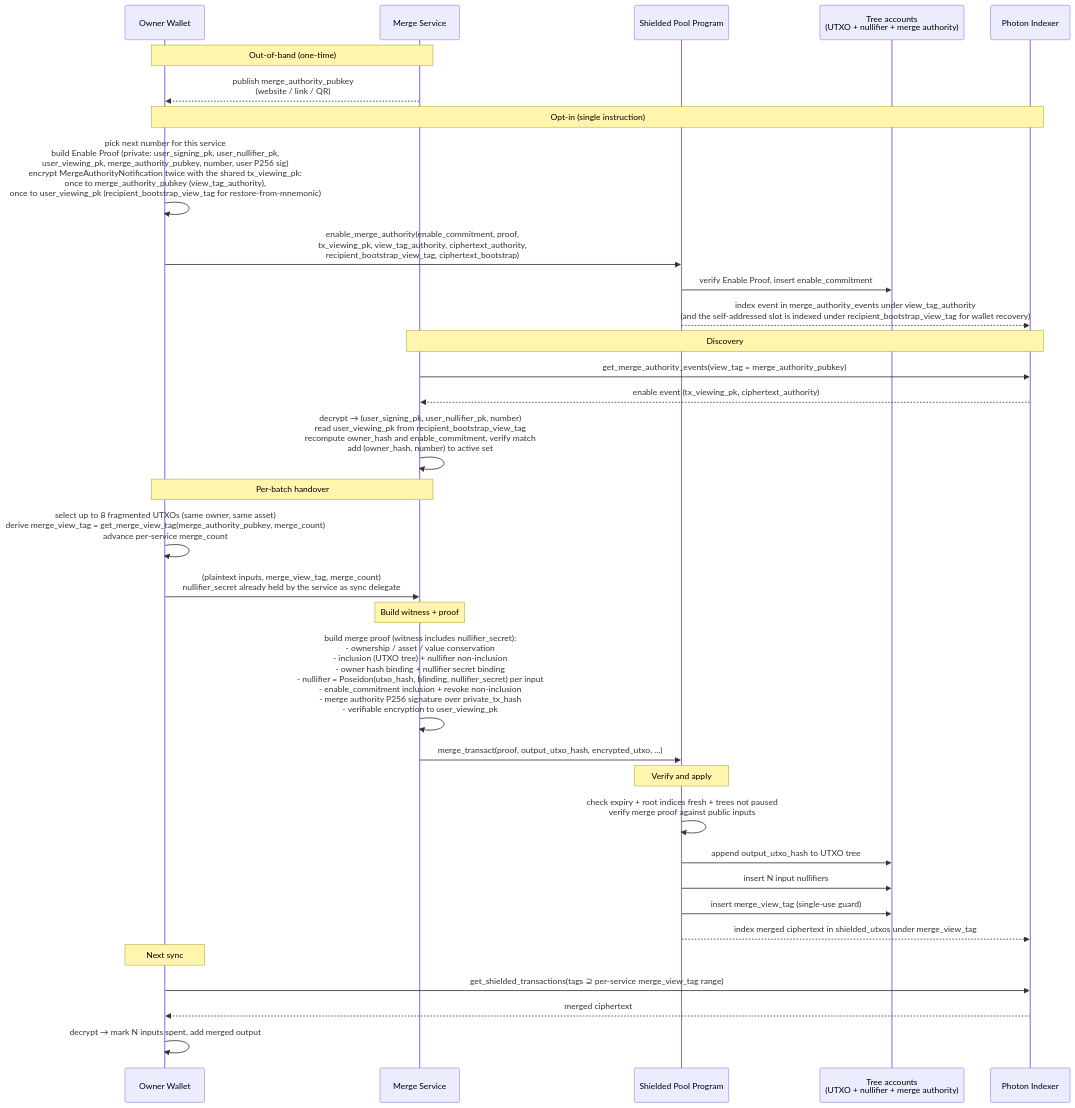
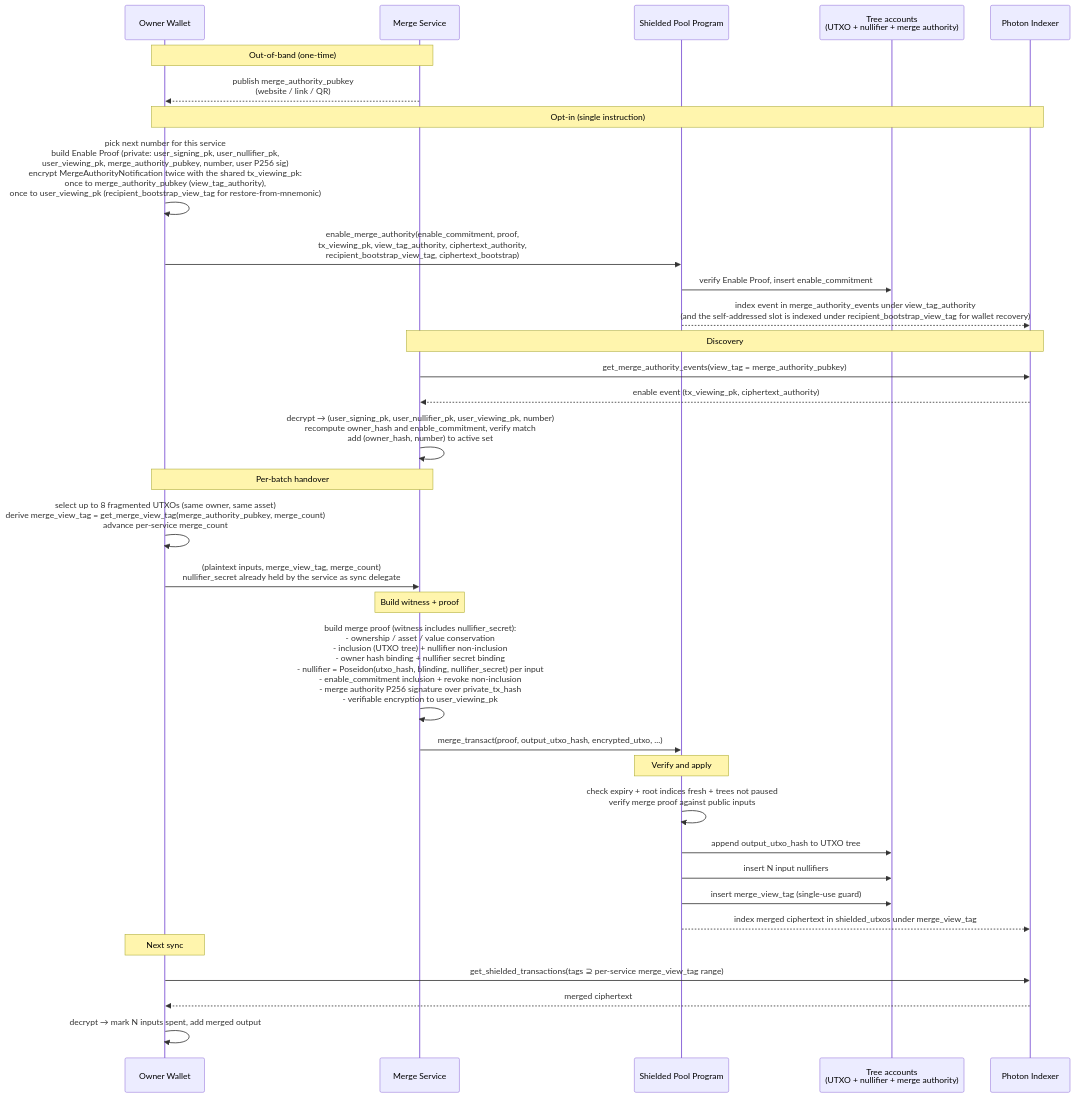
One commit to helius-labs/zolana changed the fifth of 5 diagrams in docs/spec.md. Above: the diagram before and after it, drawn with Mermaid. The commit also changed other lines of this file, not shown here.

````diff
--- a/docs/spec.md
+++ b/docs/spec.md
@@ -1985,42 +1992,42 @@
 ```mermaid
 sequenceDiagram
     participant Wallet as Owner Wallet
     participant Merge as Merge Service
     participant SPP as Shielded Pool Program
     participant Trees as Tree accounts<br/>(UTXO + nullifier + merge authority)
     participant Indexer as Photon Indexer
 
     Note over Merge,Wallet: Out-of-band (one-time)
     Merge-->>Wallet: publish merge_authority_pubkey<br/>(website / link / QR)
 
     Note over Wallet,Indexer: Opt-in (single instruction)
     Wallet->>Wallet: pick next number for this service<br/>build Enable Proof (private: user_signing_pk, user_nullifier_pk,<br/>user_viewing_pk, merge_authority_pubkey, number, user P256 sig)<br/>encrypt MergeAuthorityNotification twice with the shared tx_viewing_pk:<br/>once to merge_authority_pubkey (view_tag_authority),<br/>once to user_viewing_pk (recipient_bootstrap_view_tag for restore-from-mnemonic)
     Wallet->>SPP: enable_merge_authority(enable_commitment, proof,<br/>tx_viewing_pk, view_tag_authority, ciphertext_authority,<br/>recipient_bootstrap_view_tag, ciphertext_bootstrap)
     SPP->>Trees: verify Enable Proof, insert enable_commitment
     SPP-->>Indexer: index event in merge_authority_events under view_tag_authority<br/>(and the self-addressed slot is indexed under recipient_bootstrap_view_tag for wallet recovery)
 
     Note over Merge,Indexer: Discovery
     Merge->>Indexer: get_merge_authority_events(view_tag = merge_authority_pubkey)
     Indexer-->>Merge: enable event (tx_viewing_pk, ciphertext_authority)
-    Merge->>Merge: decrypt → (user_signing_pk, user_nullifier_pk, number)<br/>read user_viewing_pk from recipient_bootstrap_view_tag<br/>recompute owner_hash and enable_commitment, verify match<br/>add (owner_hash, number) to active set
+    Merge->>Merge: decrypt → (user_signing_pk, user_nullifier_pk, user_viewing_pk, number)<br/>recompute owner_hash and enable_commitment, verify match<br/>add (owner_hash, number) to active set
 
     Note over Wallet,Merge: Per-batch handover
     Wallet->>Wallet: select up to 8 fragmented UTXOs (same owner, same asset)<br/>derive merge_view_tag = get_merge_view_tag(merge_authority_pubkey, merge_count)<br/>advance per-service merge_count
     Wallet->>Merge: (plaintext inputs, merge_view_tag, merge_count)<br/>nullifier_secret already held by the service as sync delegate
 
     Note over Merge: Build witness + proof
     Merge->>Merge: build merge proof (witness includes nullifier_secret):<br/>- ownership / asset / value conservation<br/>- inclusion (UTXO tree) + nullifier non-inclusion<br/>- owner hash binding + nullifier secret binding<br/>- nullifier = Poseidon(utxo_hash, blinding, nullifier_secret) per input<br/>- enable_commitment inclusion + revoke non-inclusion<br/>- merge authority P256 signature over private_tx_hash<br/>- verifiable encryption to user_viewing_pk
     Merge->>SPP: merge_transact(proof, output_utxo_hash, encrypted_utxo, ...)
 
     Note over SPP: Verify and apply
     SPP->>SPP: check expiry + root indices fresh + trees not paused<br/>verify merge proof against public inputs
     SPP->>Trees: append output_utxo_hash to UTXO tree
     SPP->>Trees: insert N input nullifiers
     SPP->>Trees: insert merge_view_tag (single-use guard)
     SPP-->>Indexer: index merged ciphertext in shielded_utxos under merge_view_tag
 
     Note over Wallet: Next sync
     Wallet->>Indexer: get_shielded_transactions(tags ⊇ per-service merge_view_tag range)
     Indexer-->>Wallet: merged ciphertext
     Wallet->>Wallet: decrypt → mark N inputs spent, add merged output
 ```
````
